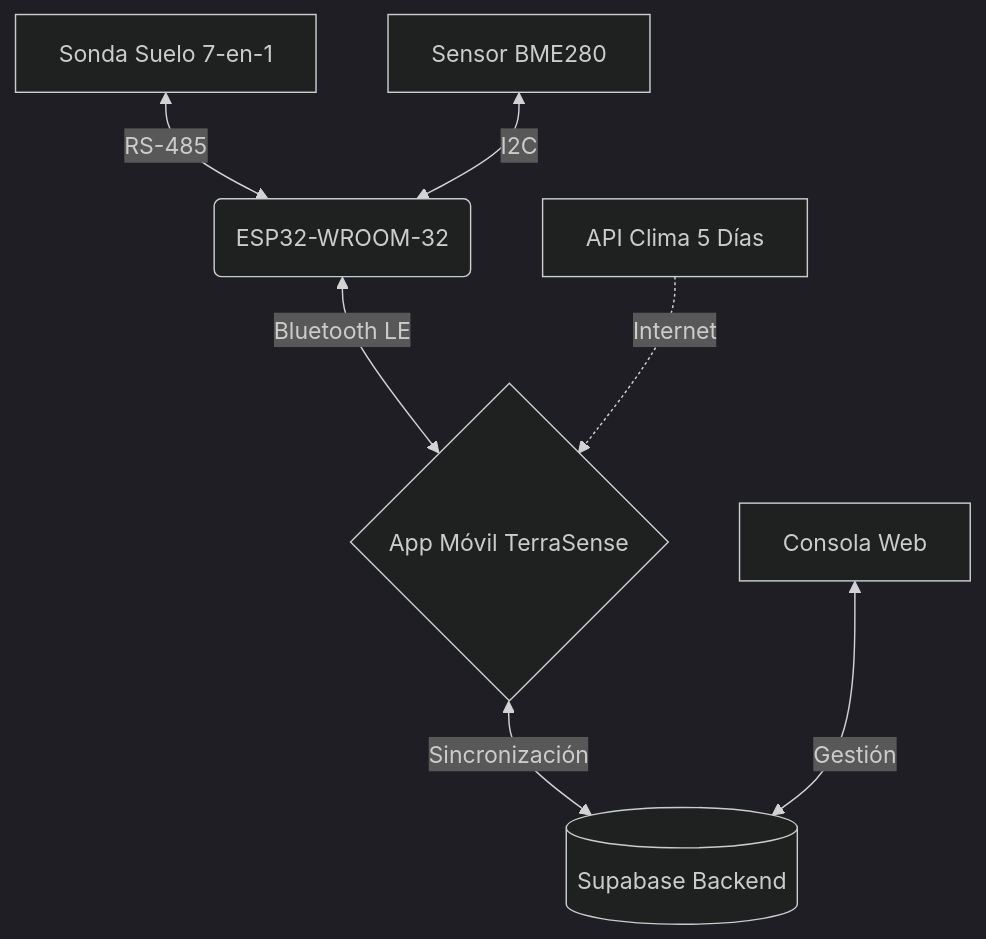
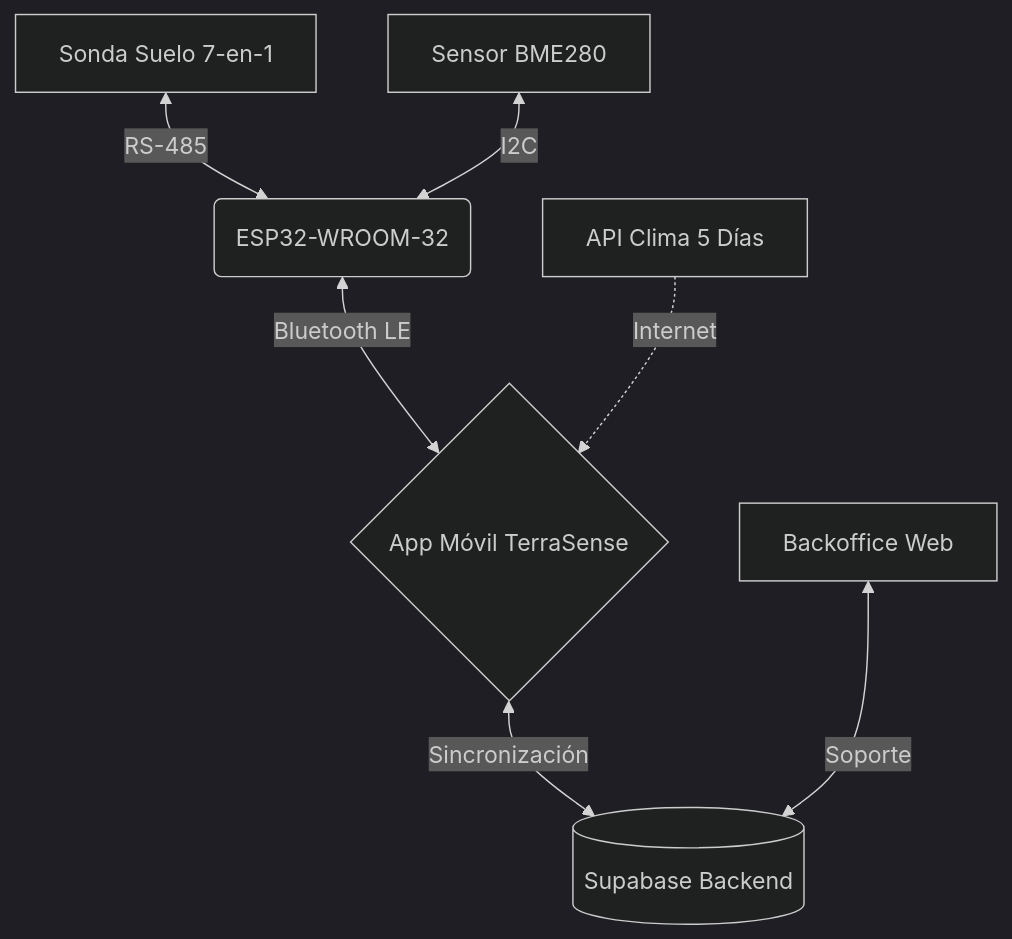
The diagram in README.md (Alvarinhoooo7/TerraSence), drawn with Mermaid (dark theme) before and after one commit. The commit also changed other lines of this file and 13 other files, not shown here.

````diff
--- a/README.md
+++ b/README.md
@@ -75,9 +76,9 @@
 ```mermaid
 graph TD;
     A[Sonda Suelo 7-en-1] <-->|RS-485| B(ESP32-WROOM-32);
     C[Sensor BME280] <-->|I2C| B;
     B <-->|Bluetooth LE| D{App Móvil TerraSense};
     E[API Clima 5 Días] -.->|Internet| D;
     D <-->|Sincronización| F[(Supabase Backend)];
-    G[Consola Web] <-->|Gestión| F;
+    G[Backoffice Web] <-->|Soporte| F;
 ```
````
